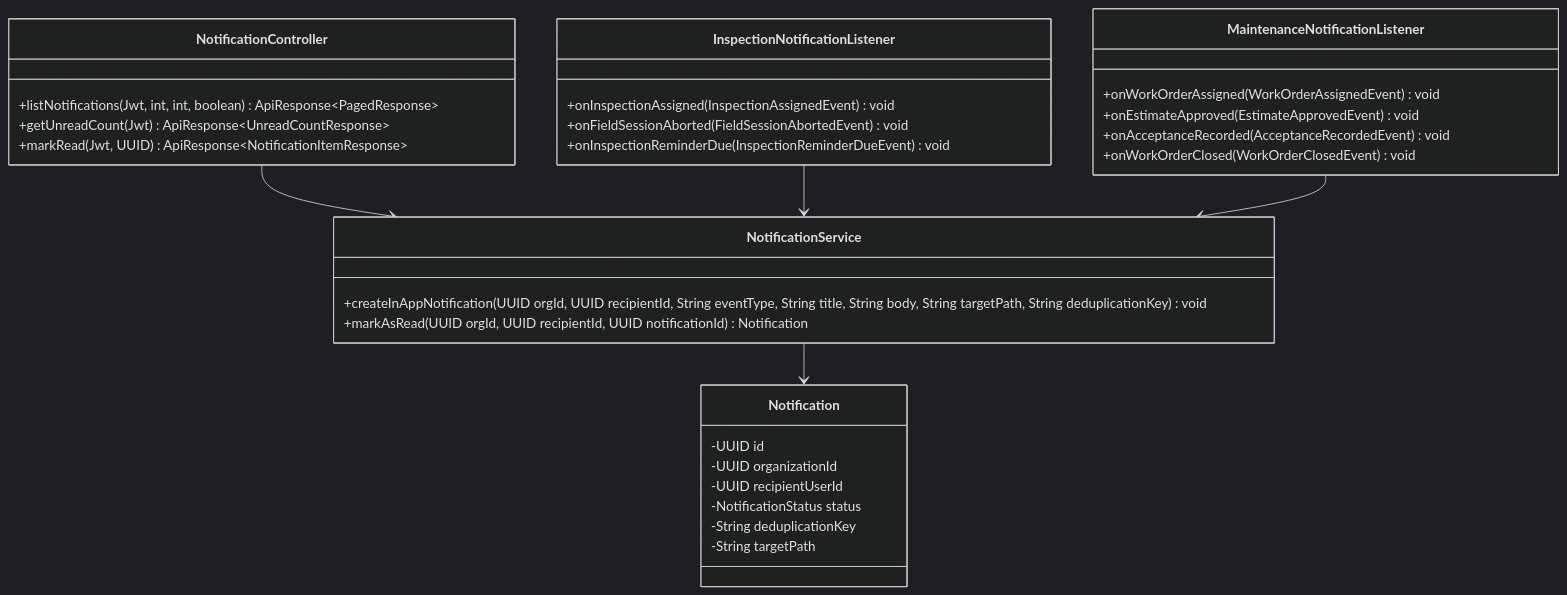
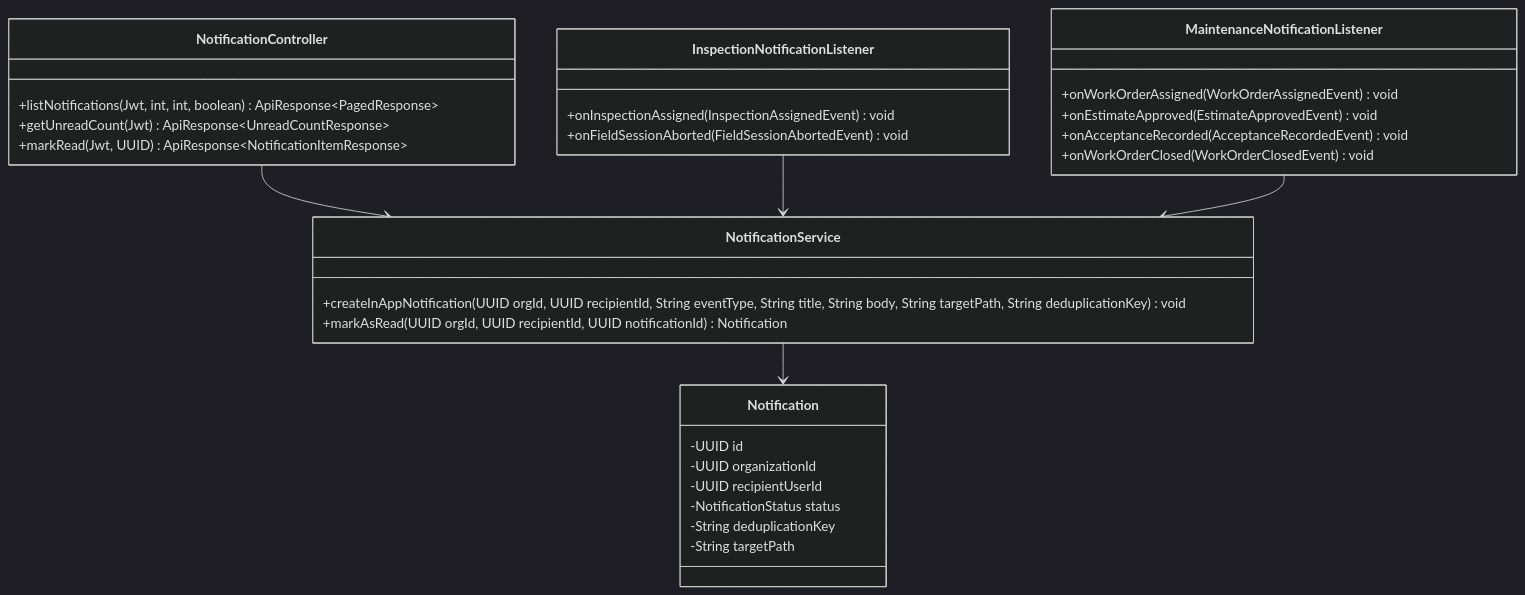
One commit to tungbach12/SmartDroneInspection-Docs changed the seventh of 23 diagrams in reports/report-4-software-design-document/03-detailed-design.md. Above: the diagram before and after it, drawn with Mermaid (dark theme). The commit also changed other lines of this file and 30 other files, not shown here.

````diff
--- a/reports/report-4-software-design-document/03-detailed-design.md
+++ b/reports/report-4-software-design-document/03-detailed-design.md
@@ -289,36 +351,35 @@
 ```mermaid
 %% title: Notification Inbox and Event Listeners Class Diagram
 classDiagram
   class NotificationController {
     +listNotifications(Jwt, int, int, boolean) ApiResponse~PagedResponse~
     +getUnreadCount(Jwt) ApiResponse~UnreadCountResponse~
     +markRead(Jwt, UUID) ApiResponse~NotificationItemResponse~
   }
   class NotificationService {
     +createInAppNotification(UUID orgId, UUID recipientId, String eventType, String title, String body, String targetPath, String deduplicationKey) void
     +markAsRead(UUID orgId, UUID recipientId, UUID notificationId) Notification
   }
   class InspectionNotificationListener {
     +onInspectionAssigned(InspectionAssignedEvent) void
     +onFieldSessionAborted(FieldSessionAbortedEvent) void
-    +onInspectionReminderDue(InspectionReminderDueEvent) void
   }
   class MaintenanceNotificationListener {
     +onWorkOrderAssigned(WorkOrderAssignedEvent) void
     +onEstimateApproved(EstimateApprovedEvent) void
     +onAcceptanceRecorded(AcceptanceRecordedEvent) void
     +onWorkOrderClosed(WorkOrderClosedEvent) void
   }
   class Notification {
     -UUID id
     -UUID organizationId
     -UUID recipientUserId
     -NotificationStatus status
     -String deduplicationKey
     -String targetPath
   }
   NotificationController --> NotificationService
   InspectionNotificationListener --> NotificationService
   MaintenanceNotificationListener --> NotificationService
   NotificationService --> Notification
 ```
````
